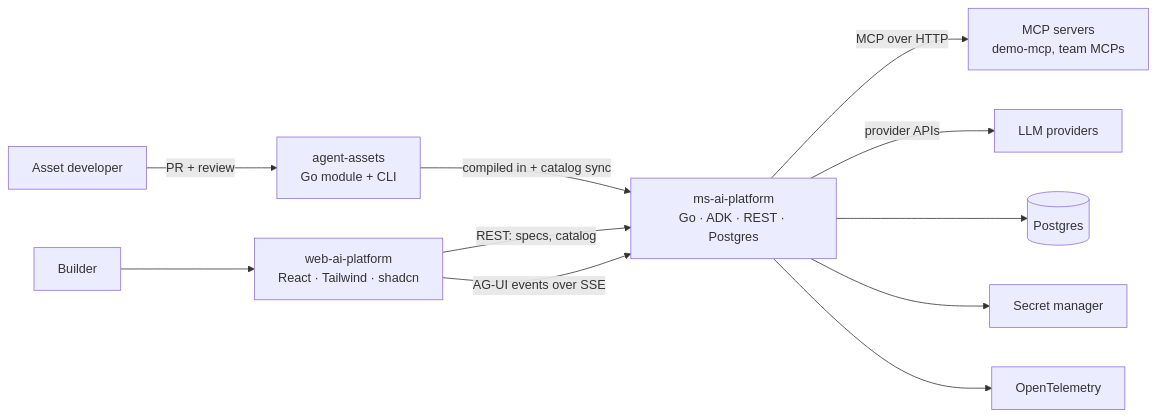
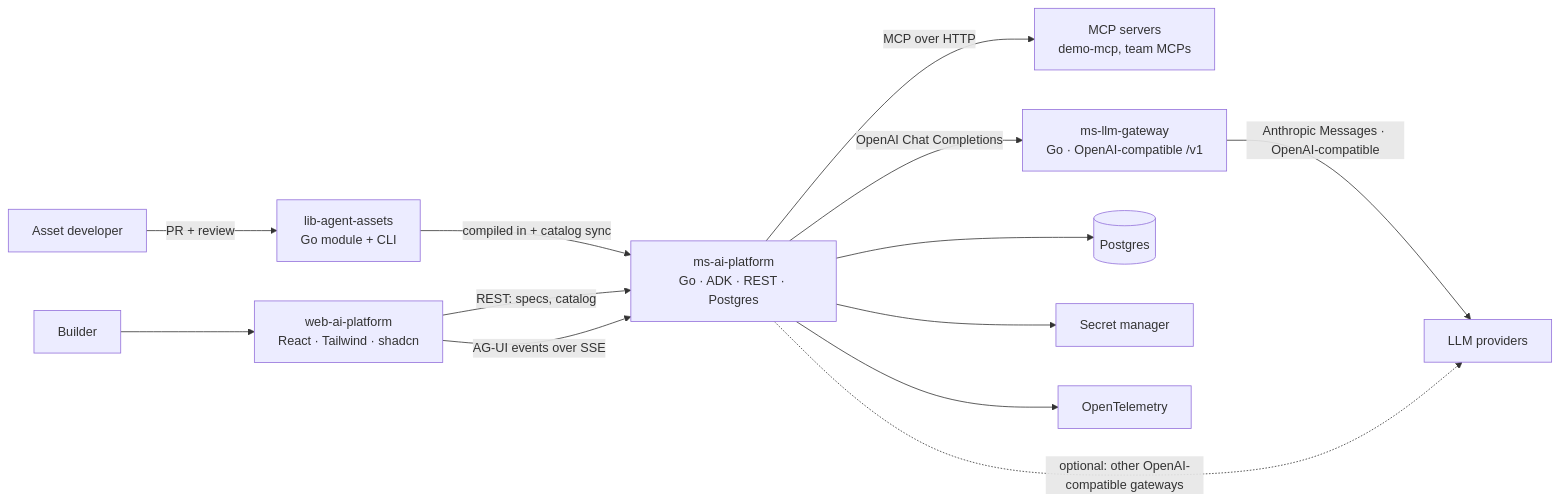
The first of 5 diagrams in ARCHITECTURE.md (andlaurentino/agentic-platform), drawn with Mermaid before and after one commit. The commit also changed other lines of this file and 109 other files, not shown here.

Commit message:
refactor(llm-gateway,api,assets): polished the design spliting the responsability accross the services

````diff
--- a/ARCHITECTURE.md
+++ b/ARCHITECTURE.md
@@ -16,13 +17,15 @@
 ```mermaid
 flowchart LR
-    Dev[Asset developer] -->|PR + review| AA[agent-assets<br/>Go module + CLI]
+    Dev[Asset developer] -->|PR + review| AA[lib-agent-assets<br/>Go module + CLI]
     AA -->|compiled in + catalog sync| API[ms-ai-platform<br/>Go · ADK · REST · Postgres]
     Builder[Builder] --> WEB[web-ai-platform<br/>React · Tailwind · shadcn]
     WEB -->|REST: specs, catalog| API
     WEB -->|AG-UI events over SSE| API
     API -->|MCP over HTTP| MCP[MCP servers<br/>demo-mcp, team MCPs]
-    API -->|provider APIs| LLM[LLM providers]
+    API -->|OpenAI Chat Completions| GW[ms-llm-gateway<br/>Go · OpenAI-compatible /v1]
+    GW -->|Anthropic Messages · OpenAI-compatible| LLM[LLM providers]
+    API -.->|optional: other OpenAI-compatible gateways| LLM
     API --> PG[(Postgres)]
     API --> SEC[Secret manager]
     API --> OTEL[OpenTelemetry]
 ```
````
